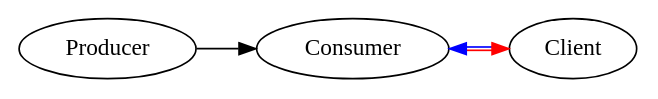
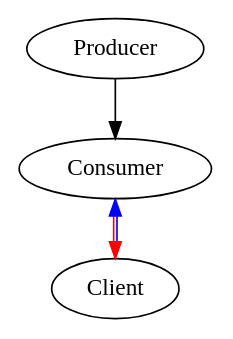
One commit to KeyboardKobold/go-failover changed the diagram in graphviz/scene_spof.dot. Above: the diagram before and after it, drawn with Graphviz. The commit also changed 1 other file, not shown here.

```diff
--- a/graphviz/scene_spof.dot
+++ b/graphviz/scene_spof.dot
@@ -1,8 +1,7 @@
 digraph {
     overlap=scale
-    rankdir=LR;
     compound=true;
 
     Producer -> Consumer
     Consumer -> Client [dir=both color="red:blue"]
 }
```
